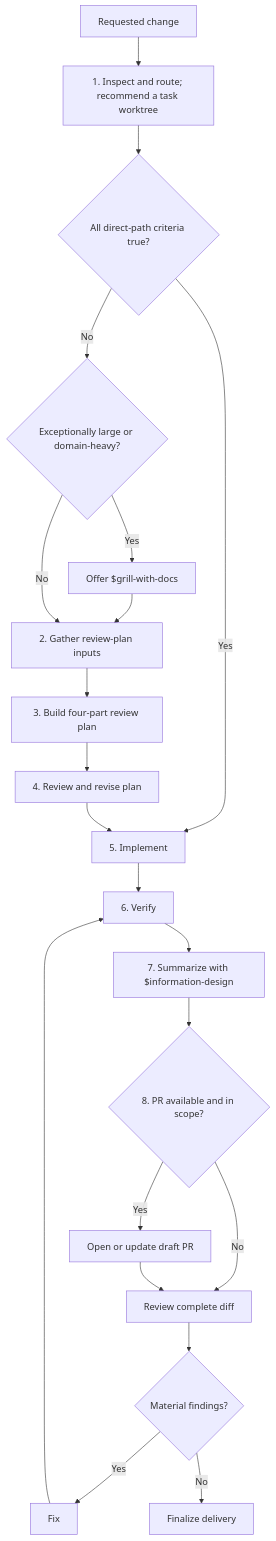
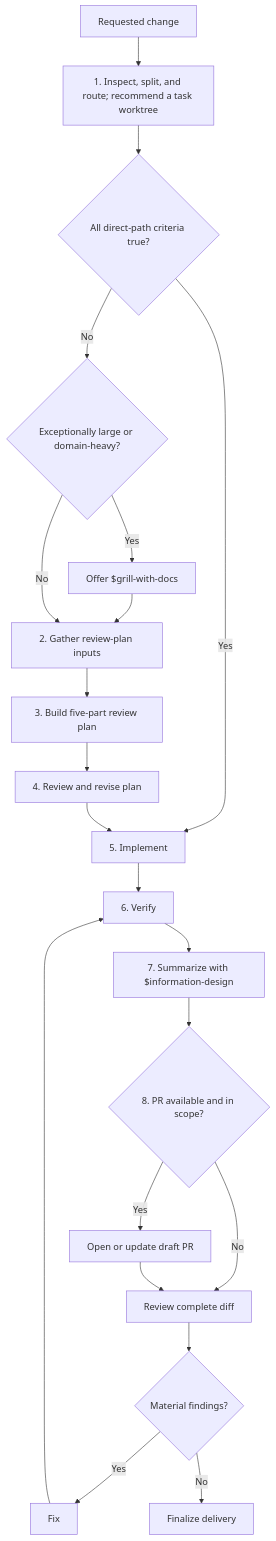
Before and after one commit to zhdanovme/skills: the diagram in dev-task/SKILL.md, drawn with Mermaid. The commit also changed other lines of this file and 12 other files, not shown here.

````diff
--- a/dev-task/SKILL.md
+++ b/dev-task/SKILL.md
@@ -21,23 +22,23 @@
 ```mermaid
 flowchart TD
-    A["Requested change"] --> B["1. Inspect and route; recommend a task worktree"]
+    A["Requested change"] --> B["1. Inspect, split, and route; recommend a task worktree"]
     B --> C{"All direct-path criteria true?"}
     C -->|Yes| D["5. Implement"]
     C -->|No| Q{"Exceptionally large or domain-heavy?"}
     Q -->|Yes| R["Offer $grill-with-docs"]
     R --> E["2. Gather review-plan inputs"]
     Q -->|No| E
-    E --> F["3. Build four-part review plan"]
+    E --> F["3. Build five-part review plan"]
     F --> G["4. Review and revise plan"]
     G --> D
     D --> H["6. Verify"]
     H --> I["7. Summarize with $information-design"]
     I --> J{"8. PR available and in scope?"}
     J -->|Yes| K["Open or update draft PR"]
     J -->|No| L["Review complete diff"]
     K --> L
     L --> M{"Material findings?"}
     M -->|Yes| N["Fix"]
     N --> H
     M -->|No| O["Finalize delivery"]
 ```
````
